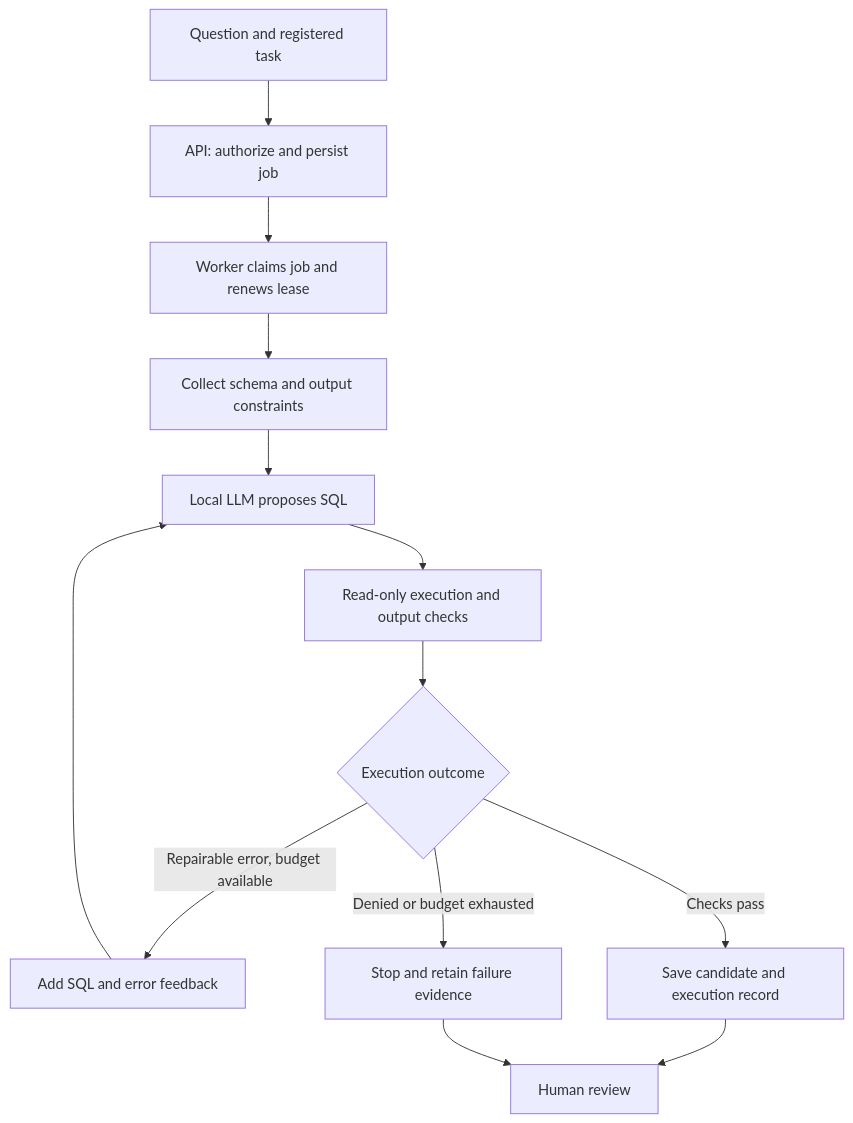
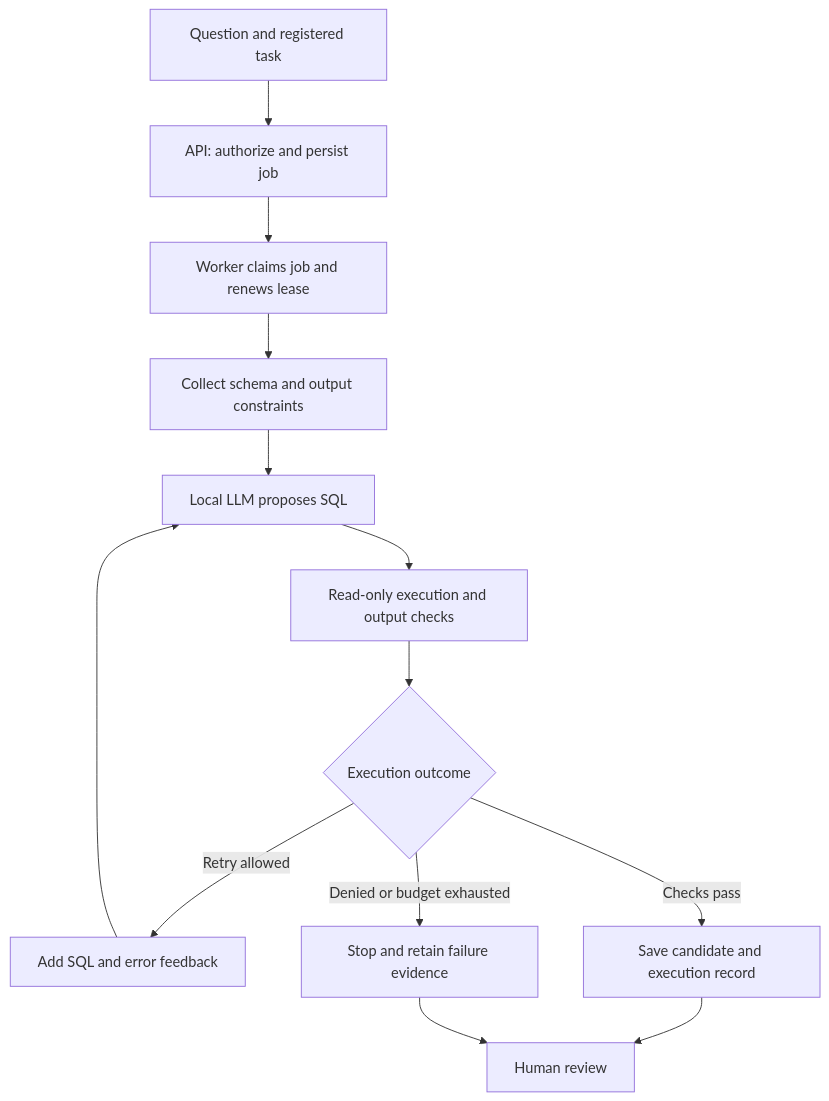
Before and after one commit to jianghongcheng/SQL-Agent: the diagram in README.md, drawn with Mermaid. The commit also changed other lines of this file, not shown here.

Commit message:
Shorten repair edge label to prevent diagram clipping

````diff
--- a/README.md
+++ b/README.md
@@ -25,15 +25,15 @@
 ```mermaid
 flowchart TD
     A[Question and registered task] --> B[API: authorize and persist job]
     B --> C[Worker claims job and renews lease]
     C --> D[Collect schema and output constraints]
     D --> E[Local LLM proposes SQL]
     E --> F[Read-only execution and output checks]
     F --> G{Execution outcome}
-    G -->|Repairable error, budget available| H[Add SQL and error feedback]
+    G -->|Retry allowed| H[Add SQL and error feedback]
     H --> E
     G -->|Checks pass| I[Save candidate and execution record]
     G -->|Denied or budget exhausted| J[Stop and retain failure evidence]
     I --> K[Human review]
     J --> K
 ```
````
